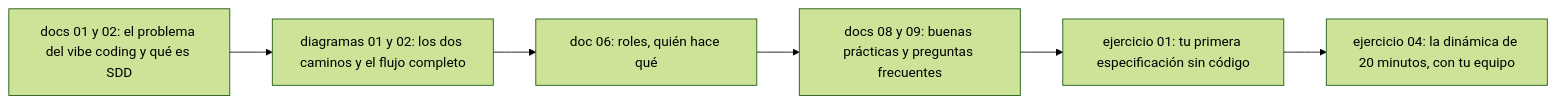
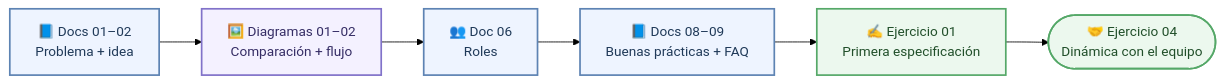
The second of 5 diagrams in diagramas/06-mapa-del-repositorio.md (antroc/charla-sdd), drawn with Mermaid (forest theme) before and after one commit. The commit also changed other lines of this file and 5 other files, not shown here.

Commit message:
Mejorar visualmente los diagramas Mermaid

````diff
--- a/diagramas/06-mapa-del-repositorio.md
+++ b/diagramas/06-mapa-del-repositorio.md
@@ -76,8 +86,15 @@
 ```mermaid
 flowchart LR
-  a["docs 01 y 02: el problema del vibe coding y qué es SDD"] --> b["diagramas 01 y 02: los dos caminos y el flujo completo"]
-  b --> c["doc 06: roles, quién hace qué"]
-  c --> d["docs 08 y 09: buenas prácticas y preguntas frecuentes"]
-  d --> e["ejercicio 01: tu primera especificación sin código"]
-  e --> f["ejercicio 04: la dinámica de 20 minutos, con tu equipo"]
+  a["📘 Docs 01–02<br/>Problema + idea"] --> b["🖼️ Diagramas 01–02<br/>Comparación + flujo"]
+  b --> c["👥 Doc 06<br/>Roles"]
+  c --> d["📘 Docs 08–09<br/>Buenas prácticas + FAQ"]
+  d --> e["✍️ Ejercicio 01<br/>Primera especificación"]
+  e --> f(["🤝 Ejercicio 04<br/>Dinámica con el equipo"])
+
+  classDef read fill:#EEF4FF,stroke:#5D83B3,stroke-width:2px,color:#203A59;
+  classDef visual fill:#F4F1FF,stroke:#8172C9,stroke-width:2px,color:#352D65;
+  classDef practice fill:#ECF8EE,stroke:#55A868,stroke-width:2px,color:#214F2A;
+  class b visual;
+  class a,c,d read;
+  class e,f practice;
 ```
````
